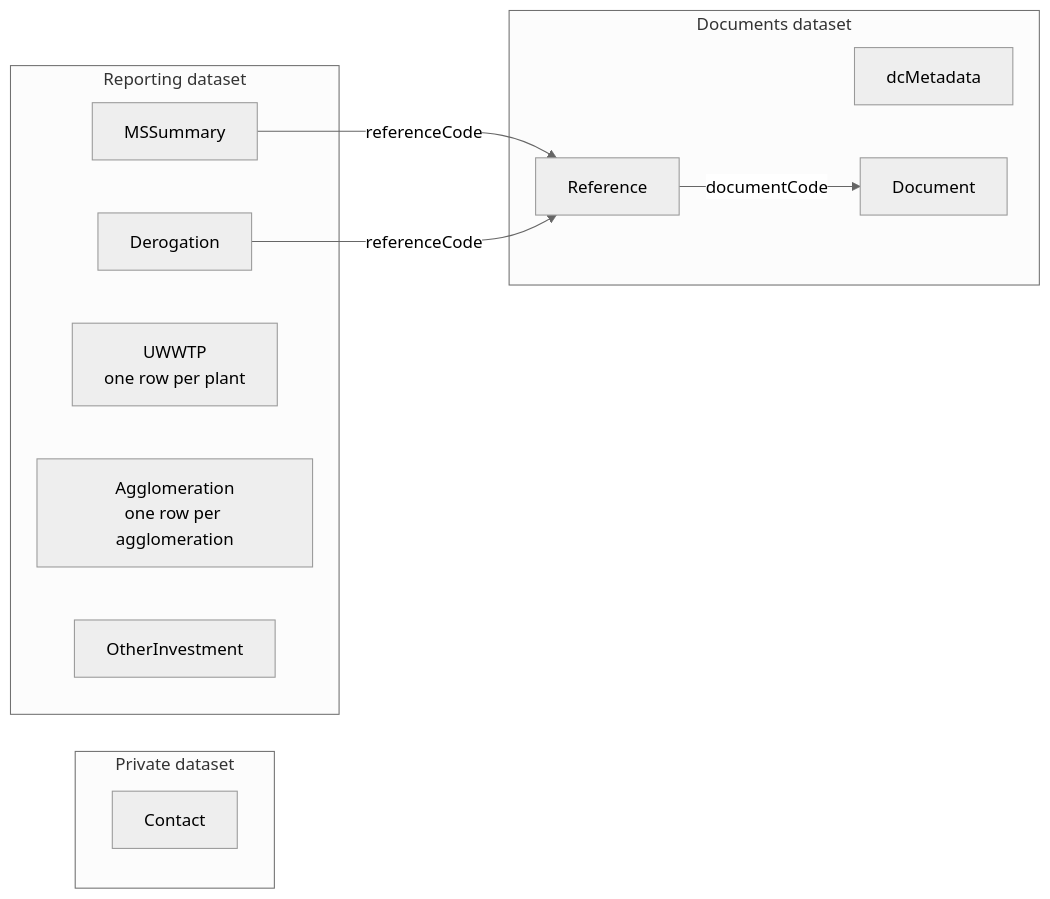
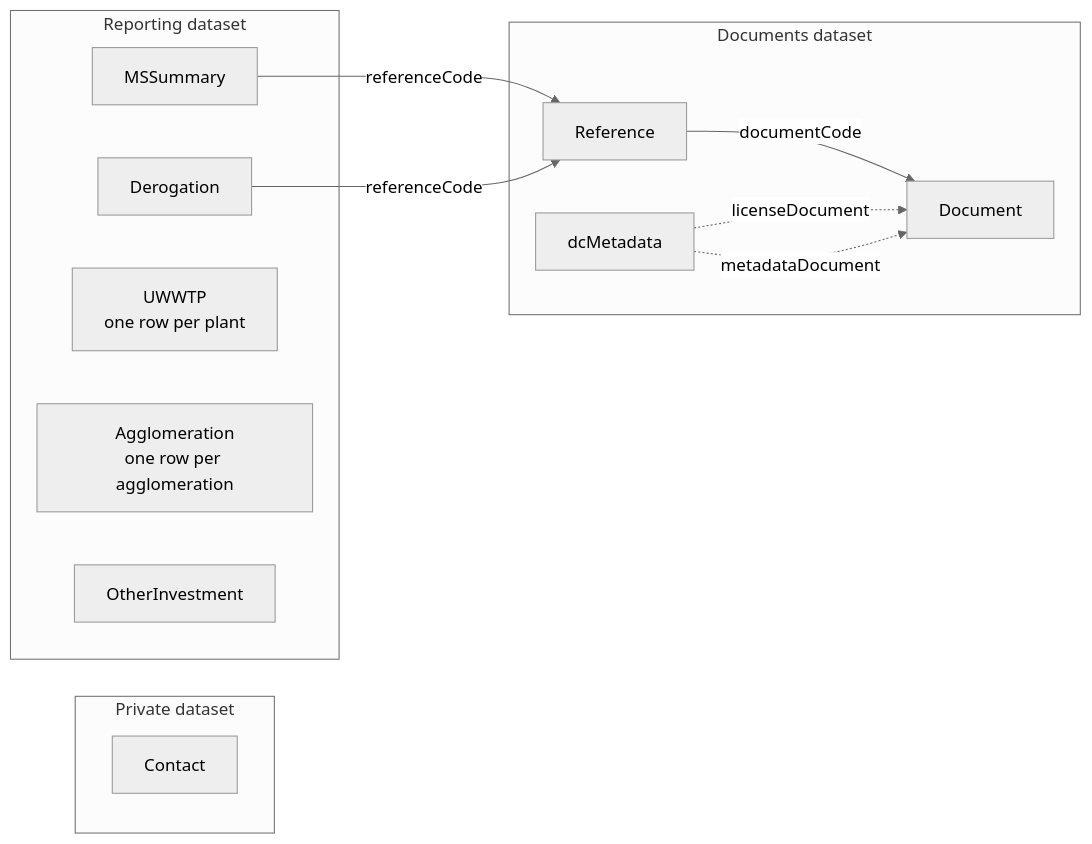
One commit to eeadata/WISE.UWWTD.Documentation changed the diagram in docs/rUWWTD2024/Article23/DataModel.md. Above: the diagram before and after it, drawn with Mermaid (neutral theme). The commit also changed other lines of this file and 10 other files, not shown here.

````diff
--- a/docs/rUWWTD2024/Article23/DataModel.md
+++ b/docs/rUWWTD2024/Article23/DataModel.md
@@ -13,21 +13,23 @@
 ```{mermaid}
 flowchart LR
   subgraph private["Private dataset"]
     Contact
   end
   subgraph reporting["Reporting dataset"]
     MSSummary
     Derogation
     UWWTP["UWWTP<br/>one row per plant"]
     Agglomeration["Agglomeration<br/>one row per agglomeration"]
     OtherInvestment
   end
   subgraph documents["Documents dataset"]
     dcMetadata
     Reference
     Document
   end
-  MSSummary -- referenceCode --> Reference
-  Derogation -- referenceCode --> Reference
-  Reference -- documentCode --> Document
+  MSSummary -- "referenceCode" --> Reference
+  Derogation -- "referenceCode" --> Reference
+  Reference -- "documentCode" --> Document
+  dcMetadata -. "licenseDocument" .-> Document
+  dcMetadata -. "metadataDocument" .-> Document
 ```
````
